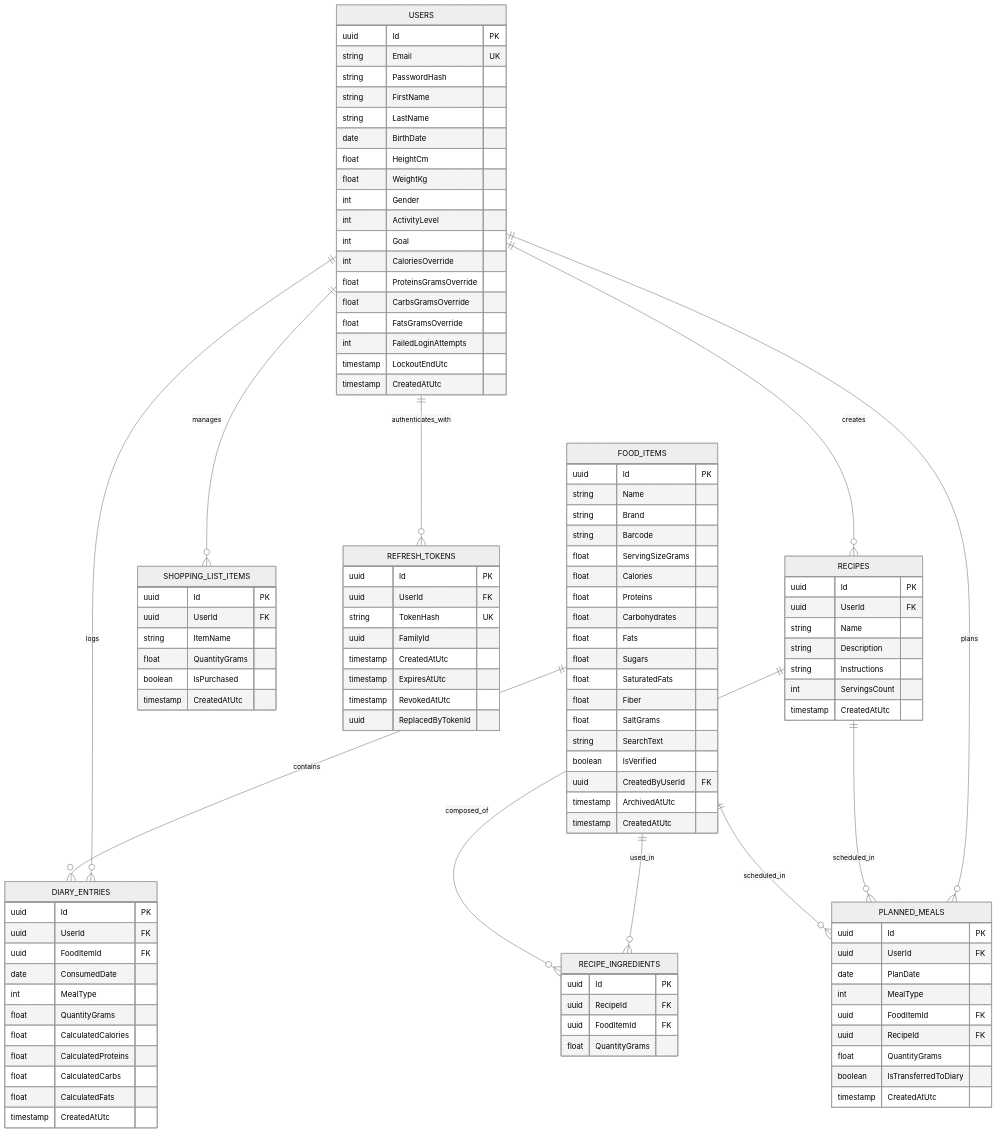
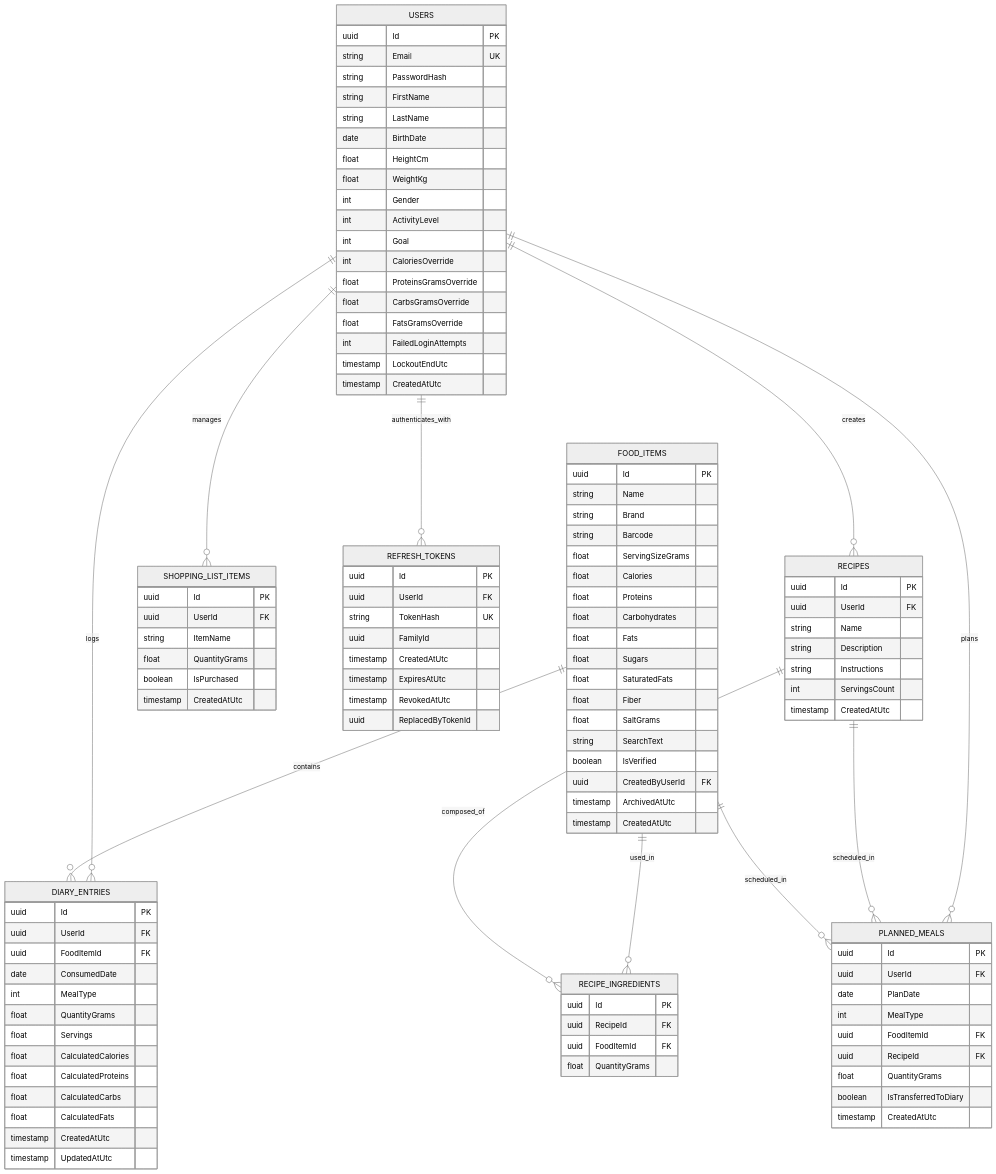
One commit to muxxq/Nutritional-Tracking-with-OCR changed the second of 5 diagrams in aplicatie/docs/architecture_and_contracts.md. Above: the diagram before and after it, drawn with Mermaid (neutral theme). The commit also changed other lines of this file and 3 other files, not shown here.

Commit message:
docs: add ADR-005, diary contract and roadmap progress

```diff
--- a/aplicatie/docs/architecture_and_contracts.md
+++ b/aplicatie/docs/architecture_and_contracts.md
@@ -127,11 +127,13 @@
         date ConsumedDate
         int MealType
         float QuantityGrams
+        float Servings
         float CalculatedCalories
         float CalculatedProteins
         float CalculatedCarbs
         float CalculatedFats
         timestamp CreatedAtUtc
+        timestamp UpdatedAtUtc
     }
 
     RECIPES {
```
